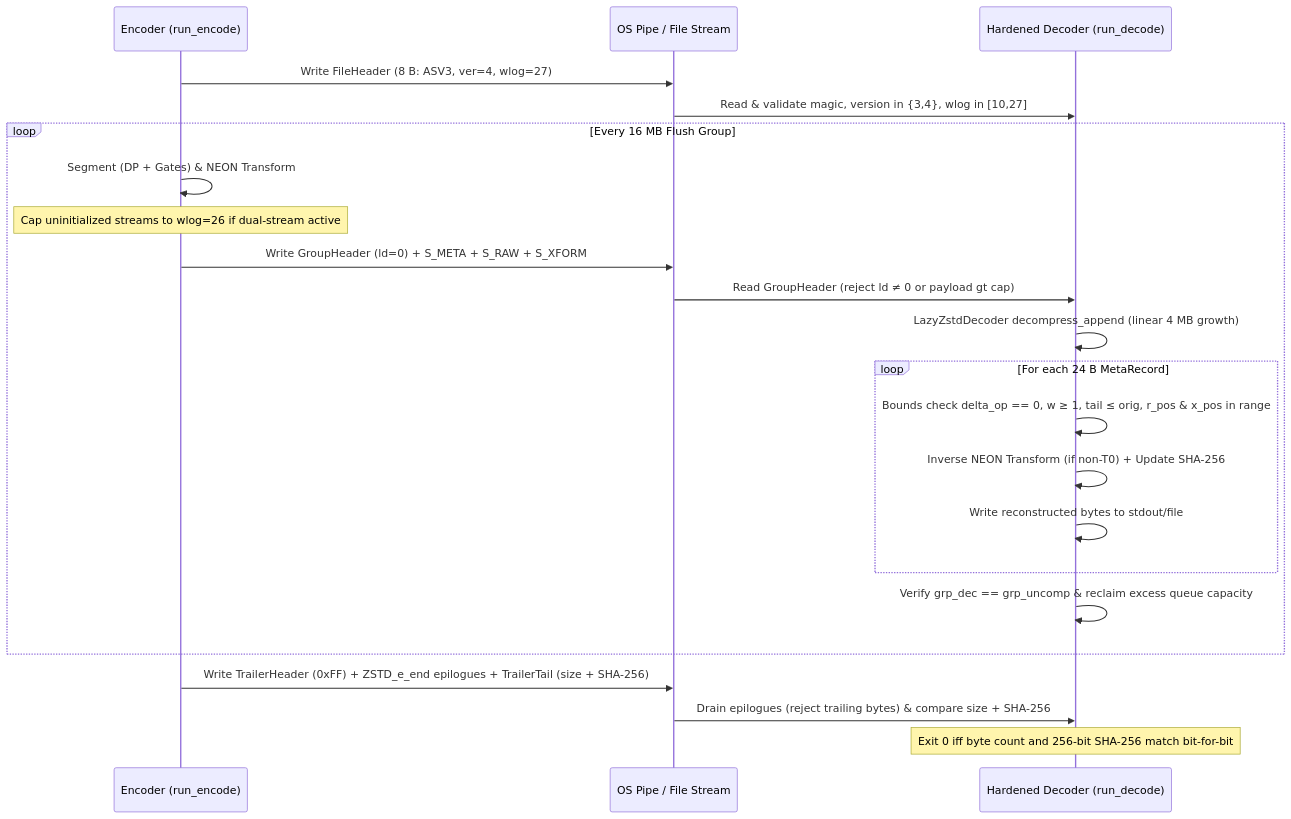
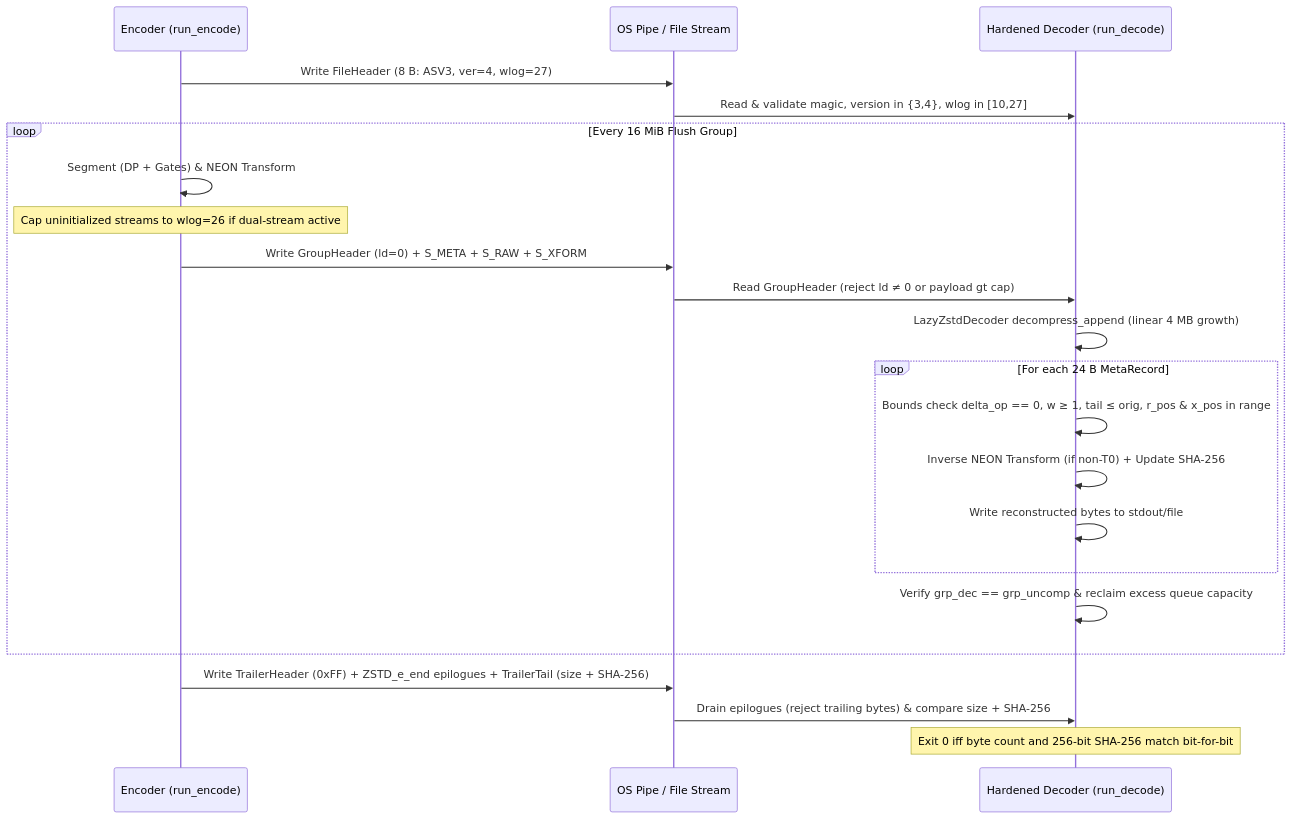
The fifth of 8 diagrams in ARCHITECTURE.md (austinjohnathand-code/asv4-compression), drawn with Mermaid before and after one commit. The commit also changed other lines of this file, not shown here.

Commit message:
Docs: 16 MiB flush-group labels in ARCHITECTURE.md Mermaid diagrams

````diff
--- a/ARCHITECTURE.md
+++ b/ARCHITECTURE.md
@@ -167,27 +167,27 @@
 ```mermaid
 sequenceDiagram
     participant Enc as Encoder (run_encode)
     participant Pipe as OS Pipe / File Stream
     participant Dec as Hardened Decoder (run_decode)
 
     Enc->>Pipe: Write FileHeader (8 B: ASV3, ver=4, wlog=27)
     Pipe->>Dec: Read & validate magic, version in {3,4}, wlog in [10,27]
 
-    loop Every 16 MB Flush Group
+    loop Every 16 MiB Flush Group
         Enc->>Enc: Segment (DP + Gates) & NEON Transform
         Note over Enc: Cap uninitialized streams to wlog=26 if dual-stream active
         Enc->>Pipe: Write GroupHeader (ld=0) + S_META + S_RAW + S_XFORM
         Pipe->>Dec: Read GroupHeader (reject ld ≠ 0 or payload gt cap)
         Dec->>Dec: LazyZstdDecoder decompress_append (linear 4 MB growth)
         loop For each 24 B MetaRecord
             Dec->>Dec: Bounds check delta_op == 0, w ≥ 1, tail ≤ orig, r_pos & x_pos in range
             Dec->>Dec: Inverse NEON Transform (if non-T0) + Update SHA-256
             Dec->>Dec: Write reconstructed bytes to stdout/file
         end
         Dec->>Dec: Verify grp_dec == grp_uncomp & reclaim excess queue capacity
     end
 
     Enc->>Pipe: Write TrailerHeader (0xFF) + ZSTD_e_end epilogues + TrailerTail (size + SHA-256)
     Pipe->>Dec: Drain epilogues (reject trailing bytes) & compare size + SHA-256
     Note over Dec: Exit 0 iff byte count and 256-bit SHA-256 match bit-for-bit
 ```
````
